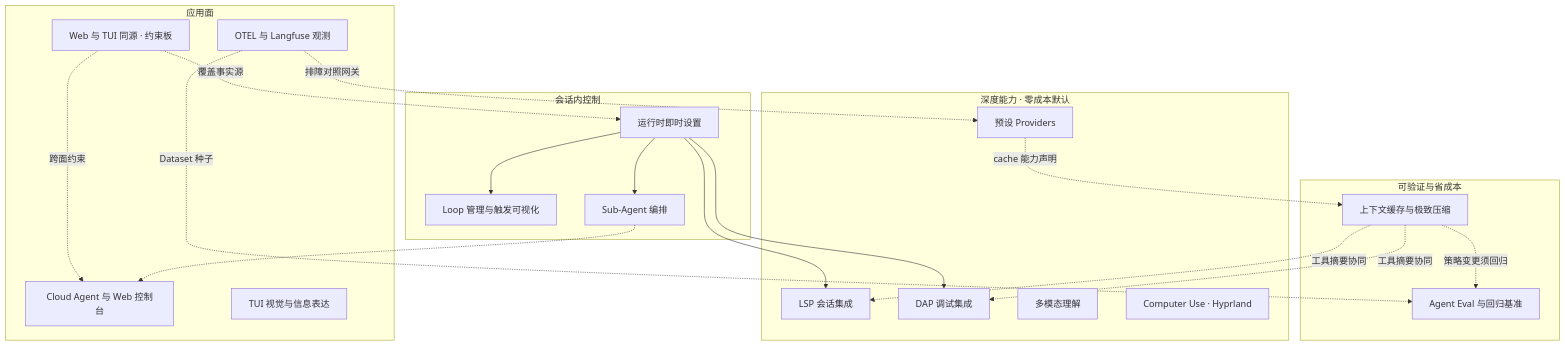
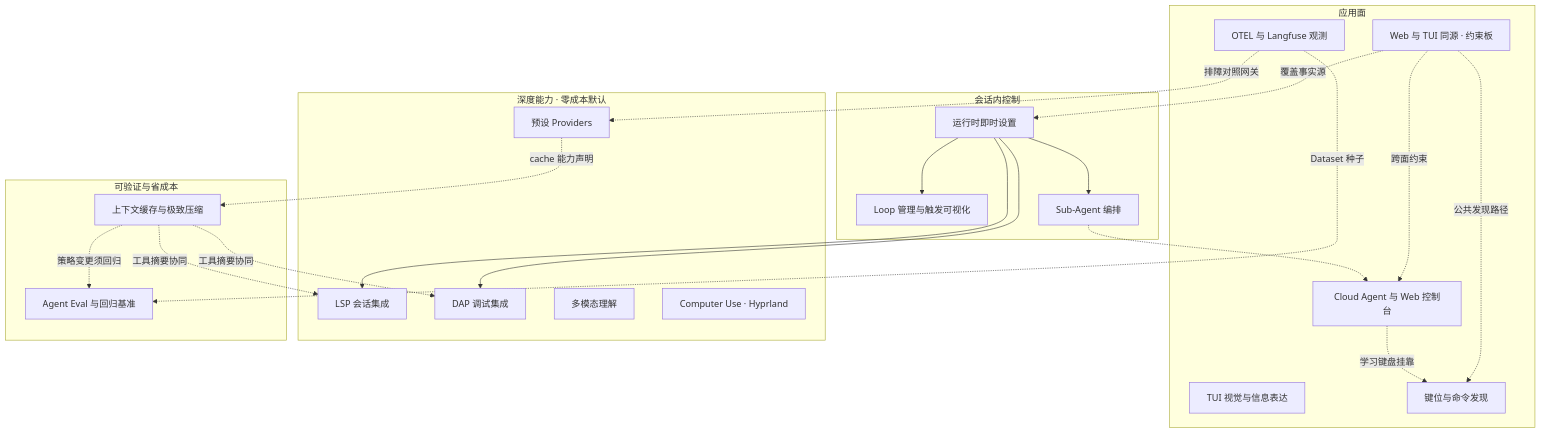
The diagram in docs/roadmaps/README.md (StrayDragon/xylitol), drawn with Mermaid before and after one commit. The commit also changed other lines of this file and 2 other files, not shown here.

First line of the commit message:
docs(roadmaps): add keybinding discovery roadmap and research

````diff
--- a/docs/roadmaps/README.md
+++ b/docs/roadmaps/README.md
@@ -29,42 +29,45 @@
 ```mermaid
 flowchart TB
   subgraph Surfaces["应用面"]
     Homo["Web 与 TUI 同源 · 约束板"]
     Web["Cloud Agent 与 Web 控制台"]
     Obs["OTEL 与 Langfuse 观测"]
     Visual["TUI 视觉与信息表达"]
+    Keys["键位与命令发现"]
   end
 
   subgraph SessionCtrl["会话内控制"]
     Live["运行时即时设置"]
     Loop["Loop 管理与触发可视化"]
     Sub["Sub-Agent 编排"]
   end
 
   subgraph Depth["深度能力 · 零成本默认"]
     Lsp["LSP 会话集成"]
     Dap["DAP 调试集成"]
     Multi["多模态理解"]
     Cu["Computer Use · Hyprland"]
     Prov["预设 Providers"]
   end
 
   subgraph VerifyOpt["可验证与省成本"]
     Eval["Agent Eval 与回归基准"]
     Cache["上下文缓存与极致压缩"]
   end
 
   Homo -.->|跨面约束| Web
   Homo -.->|覆盖事实源| Live
+  Homo -.->|公共发现路径| Keys
+  Web -.->|学习键盘挂靠| Keys
   Live --> Lsp
   Live --> Dap
   Live --> Sub
   Live --> Loop
   Obs -.->|排障对照网关| Prov
   Obs -.->|Dataset 种子| Eval
   Sub -.-> Web
   Cache -.->|策略变更须回归| Eval
   Cache -.->|工具摘要协同| Lsp
   Cache -.->|工具摘要协同| Dap
   Prov -.->|cache 能力声明| Cache
 ```
````
